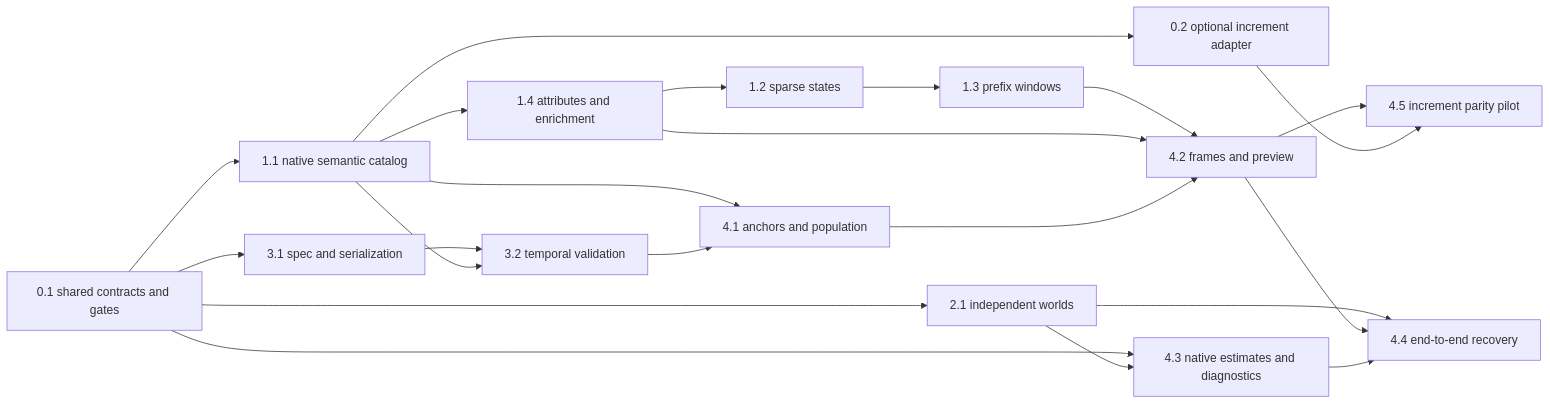
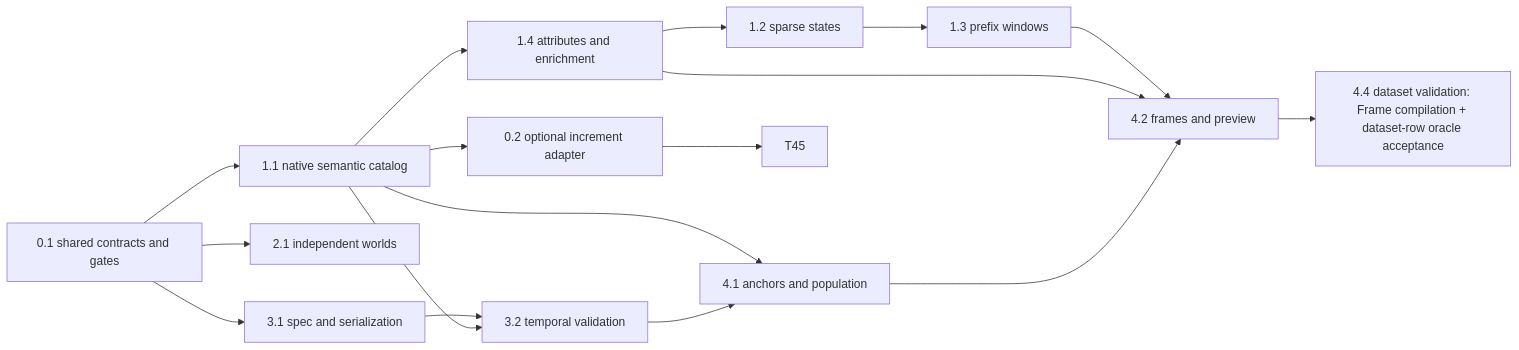
Before and after one commit to kylejcaron/terrine: the diagram in docs/superpowers/plans/2026-10-16-terrine-build.md, drawn with Mermaid. The commit also changed other lines of this file and 2 other files, not shown here.

Commit message:
docs: align roadmap with datasets-only scope and plan agent tools and interop

````diff
--- a/docs/superpowers/plans/2026-10-16-terrine-build.md
+++ b/docs/superpowers/plans/2026-10-16-terrine-build.md
@@ -182,24 +182,19 @@
 ```mermaid
 flowchart LR
   T01[0.1 shared contracts and gates] --> T11[1.1 native semantic catalog]
   T11 --> T02[0.2 optional increment adapter]
   T11 --> T14[1.4 attributes and enrichment]
   T14 --> T12[1.2 sparse states]
   T12 --> T13[1.3 prefix windows]
   T01 --> T21[2.1 independent worlds]
   T01 --> T31[3.1 spec and serialization]
   T31 --> T32[3.2 temporal validation]
   T11 --> T32
   T11 --> T41[4.1 anchors and population]
   T32 --> T41
   T13 --> T42[4.2 frames and preview]
   T14 --> T42
   T41 --> T42
-  T01 --> T43[4.3 native estimates and diagnostics]
-  T21 --> T43
-  T21 --> T44[4.4 end-to-end recovery]
-  T42 --> T44
-  T43 --> T44
-  T42 --> T45[4.5 increment parity pilot]
+  T42 --> T44[4.4 dataset validation: Frame compilation + dataset-row oracle acceptance]
   T02 --> T45
 ```
````
